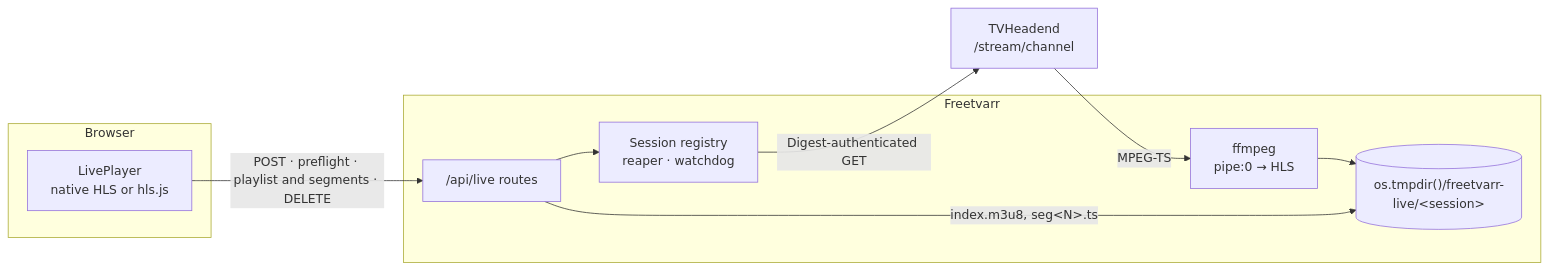
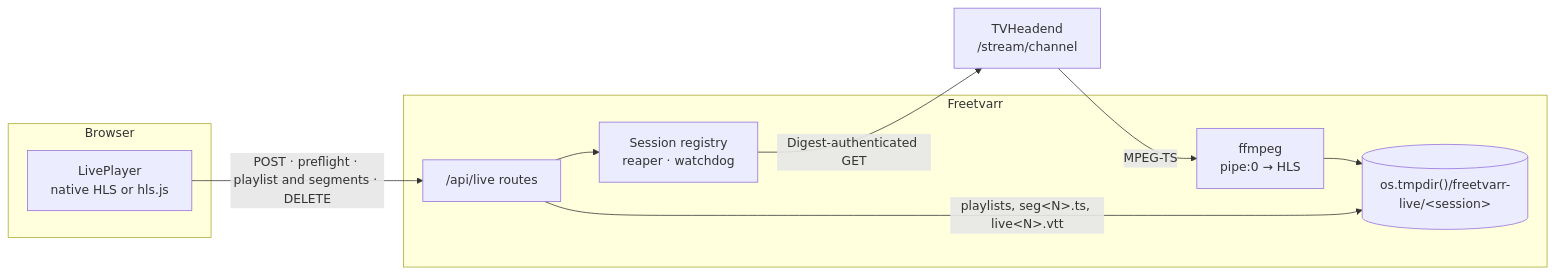
Before and after one commit to furey/freetvarr: the third of 3 diagrams in docs/DEEP_DIVE.md, drawn with Mermaid. The commit also changed other lines of this file and 10 other files, not shown here.

Commit message:
Added closed captions to live TV from the broadcast's Teletext subtitles, with a CC button and c key in the player, a master playlist with a WebVTT caption rendition, the full hls.js build, and a restart without captions when the teletext stream is missing.

````diff
--- a/docs/DEEP_DIVE.md
+++ b/docs/DEEP_DIVE.md
@@ -271,19 +271,19 @@
 ```mermaid
 flowchart LR
   subgraph browser["Browser"]
     player["LivePlayer<br>native HLS or hls.js"]
   end
   subgraph app["Freetvarr"]
     routes["/api/live routes"]
     reg["Session registry<br>reaper · watchdog"]
     ff["ffmpeg<br>pipe:0 → HLS"]
     dir[("os.tmpdir()/freetvarr-live/&lt;session&gt;")]
   end
   tvh["TVHeadend<br>/stream/channel"]
   player -->|"POST · preflight · playlist and segments · DELETE"| routes
   routes --> reg
   reg -->|"Digest-authenticated GET"| tvh
   tvh -->|"MPEG-TS"| ff
   ff --> dir
-  routes -->|"index.m3u8, seg&lt;N&gt;.ts"| dir
+  routes -->|"playlists, seg&lt;N&gt;.ts, live&lt;N&gt;.vtt"| dir
 ```
````
